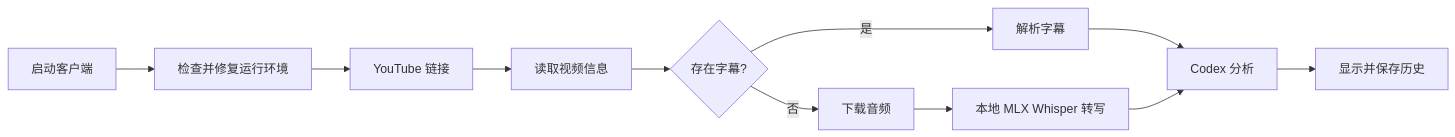
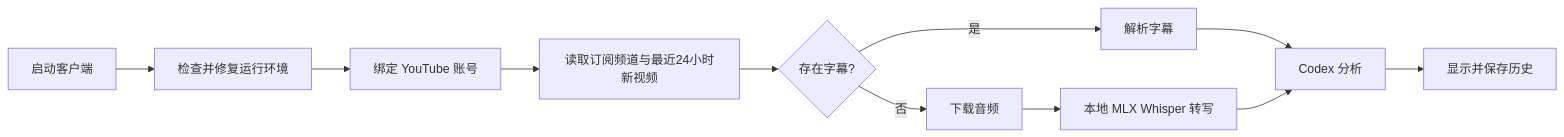
Before and after one commit to xuweiqiang/YouTubeInsight: the diagram in README.md, drawn with Mermaid. The commit also changed other lines of this file and 25 other files, not shown here.

Commit message:
Add YouTube subscription automation and v1.5.3 fixes

````diff
--- a/README.md
+++ b/README.md
@@ -22,13 +29,13 @@
 ```mermaid
 flowchart LR
     A[启动客户端] --> B[检查并修复运行环境]
-    B --> C[YouTube 链接]
-    C --> D[读取视频信息]
+    B --> C[绑定 YouTube 账号]
+    C --> D[读取订阅频道与最近24小时新视频]
     D --> E{存在字幕?}
     E -- 是 --> F[解析字幕]
     E -- 否 --> G[下载音频]
     G --> H[本地 MLX Whisper 转写]
     F --> I[Codex 分析]
     H --> I
     I --> J[显示并保存历史]
 ```
````
